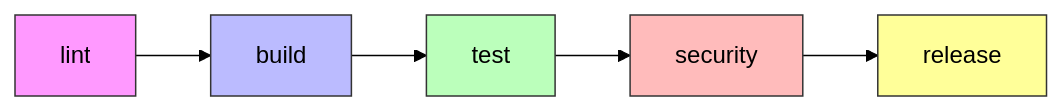
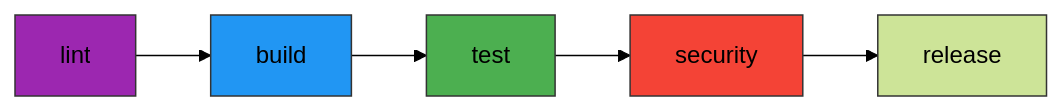
One commit to VBlackJack/ShellBook changed the diagram in docs/devops/pipelines/gitlab-ci-ultimate.md. Above: the diagram before and after it, drawn with Mermaid (forest theme). The commit also changed 337 other files, not shown here.

First line of the commit message:
refactor(docs): Standardize code blocks and Mermaid colors

````diff
--- a/docs/devops/pipelines/gitlab-ci-ultimate.md
+++ b/docs/devops/pipelines/gitlab-ci-ultimate.md
@@ -40,13 +40,13 @@
 ```mermaid
 graph LR
     A[lint] --> B[build]
     B --> C[test]
     C --> D[security]
     D --> E[release]
 
-    style A fill:#f9f,stroke:#333
-    style B fill:#bbf,stroke:#333
-    style C fill:#bfb,stroke:#333
-    style D fill:#fbb,stroke:#333
-    style E fill:#ff9,stroke:#333
+    style A fill:#9C27B0,stroke:#333
+    style B fill:#2196F3,stroke:#333
+    style C fill:#4CAF50,stroke:#333
+    style D fill:#f44336,stroke:#333
+    style E fill:#FF9800800,stroke:#333
 ```
````
